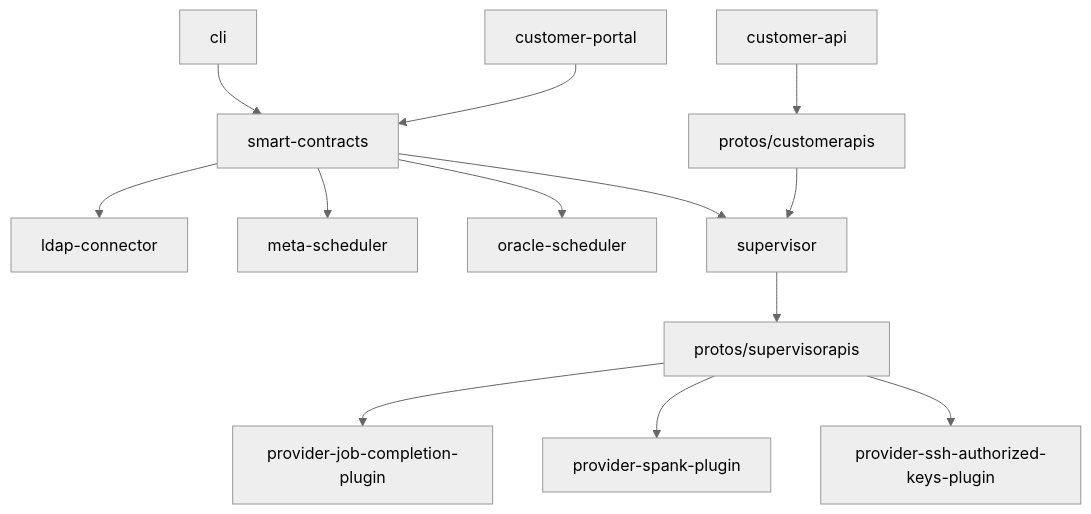
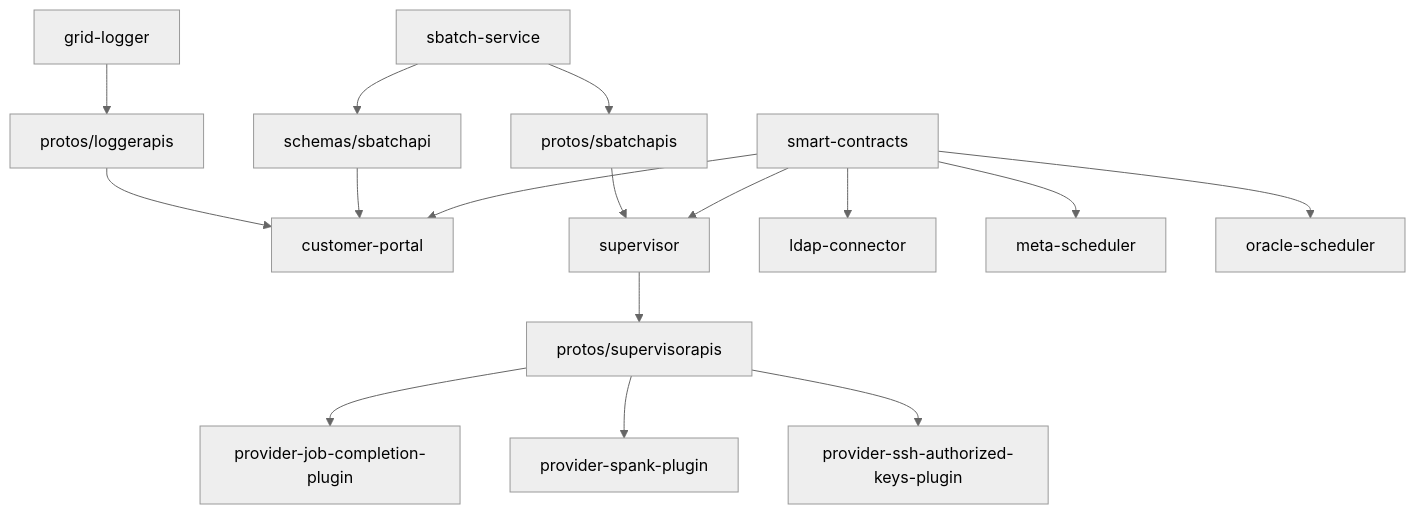
One commit to deepsquare-io/grid changed the diagram in README.md. Above: the diagram before and after it, drawn with Mermaid (neutral theme).

Commit message:
chore(README): redo dependency tree

````diff
--- a/README.md
+++ b/README.md
@@ -7,15 +7,15 @@
 ```mermaid
 flowchart TD
-  cli --> smart-contracts
-  customer-portal --> smart-contracts
-  smart-contracts --> ldap-connector
-  smart-contracts --> meta-scheduler
-  smart-contracts --> oracle-scheduler
-  smart-contracts --> supervisor
+  grid-logger --> protos/loggerapis --> customer-portal
+  sbatch-service --> protos/sbatchapis --> supervisor
+  sbatch-service --> schemas/sbatchapi --> customer-portal
   supervisor --> protos/supervisorapis
   protos/supervisorapis --> provider-job-completion-plugin
   protos/supervisorapis --> provider-spank-plugin
   protos/supervisorapis --> provider-ssh-authorized-keys-plugin
-  customer-api --> protos/customerapis
-  protos/customerapis --> supervisor
+  smart-contracts --> ldap-connector
+  smart-contracts --> meta-scheduler
+  smart-contracts --> oracle-scheduler
+  smart-contracts --> customer-portal
+  smart-contracts --> supervisor
 ```
````
